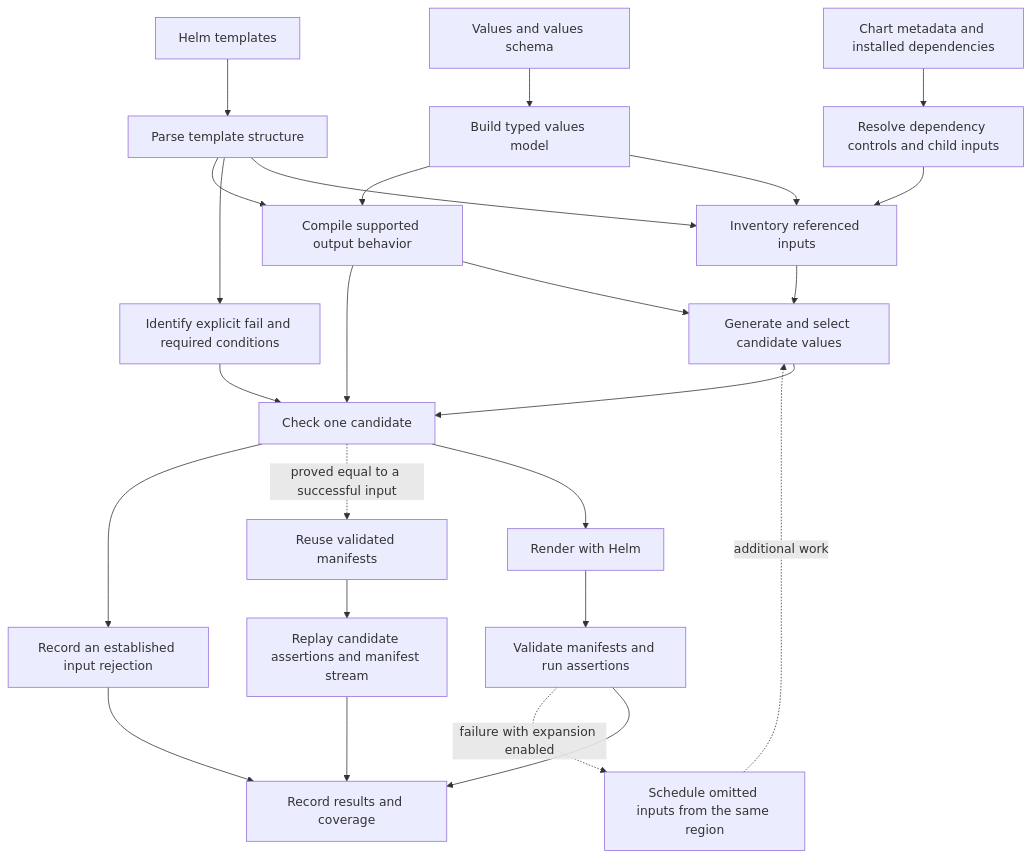
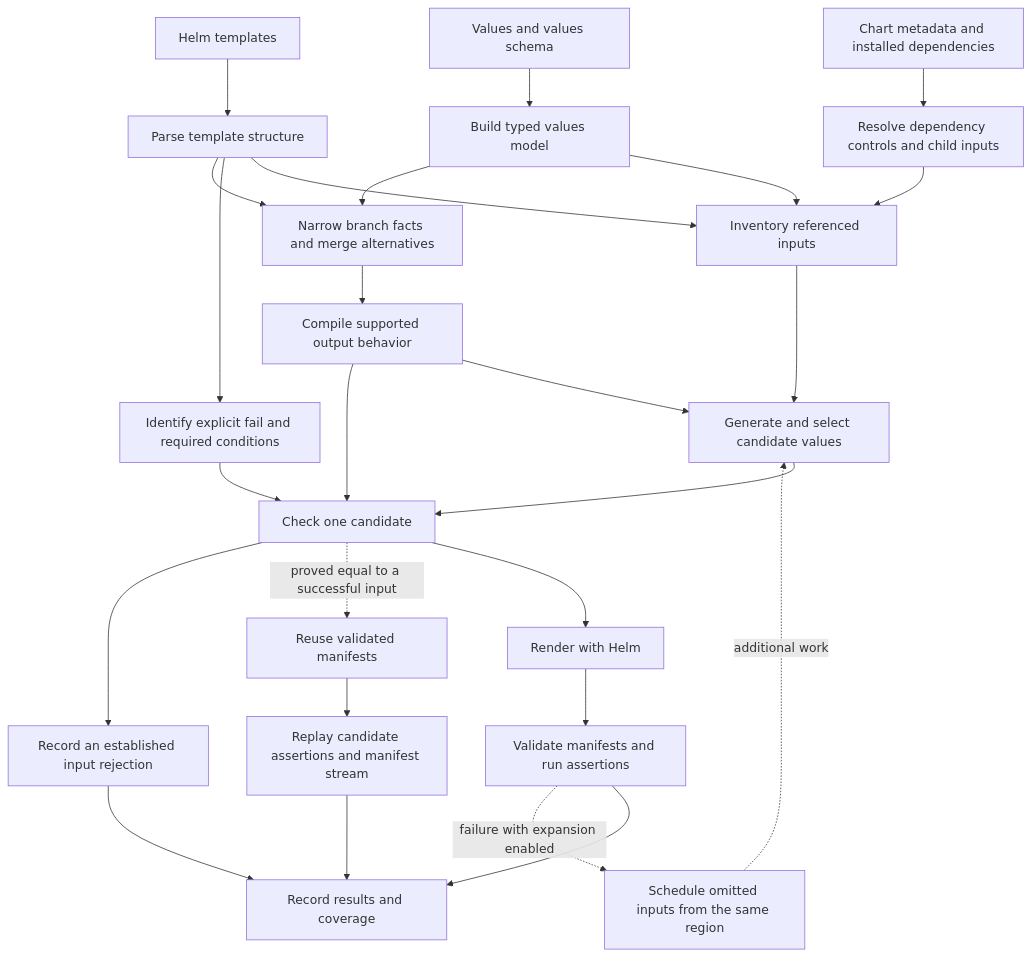
One commit to astrivant/hypothesis-helm changed the diagram in docs/compiler/README.md. Above: the diagram before and after it, drawn with Mermaid. The commit also changed other lines of this file and 30 other files, not shown here.

````diff
--- a/docs/compiler/README.md
+++ b/docs/compiler/README.md
@@ -19,27 +19,28 @@
 ```mermaid
 flowchart TD
     Templates[Helm templates] --> Parse[Parse template structure]
     Values[Values and values schema] --> Model[Build typed values model]
     Metadata[Chart metadata and installed dependencies] --> Dependencies[Resolve dependency controls and child inputs]
     Parse --> Inventory[Inventory referenced inputs]
     Model --> Inventory
     Dependencies --> Inventory
     Parse --> Contracts[Identify explicit fail and required conditions]
-    Parse --> Output[Compile supported output behavior]
-    Model --> Output
+    Parse --> Branches[Narrow branch facts and merge alternatives]
+    Model --> Branches
+    Branches --> Output[Compile supported output behavior]
     Inventory --> Plan[Generate and select candidate values]
     Output --> Plan
     Plan --> Check[Check one candidate]
     Contracts --> Check
     Output --> Check
     Check --> Helm[Render with Helm]
     Check -. proved equal to a successful input .-> Reuse[Reuse validated manifests]
     Check --> Rejected[Record an established input rejection]
     Helm --> Validate[Validate manifests and run assertions]
     Reuse --> Assertions[Replay candidate assertions and manifest stream]
     Validate --> Report[Record results and coverage]
     Assertions --> Report
     Rejected --> Report
     Validate -. failure with expansion enabled .-> Expand[Schedule omitted inputs from the same region]
     Expand -. additional work .-> Plan
 ```
````
